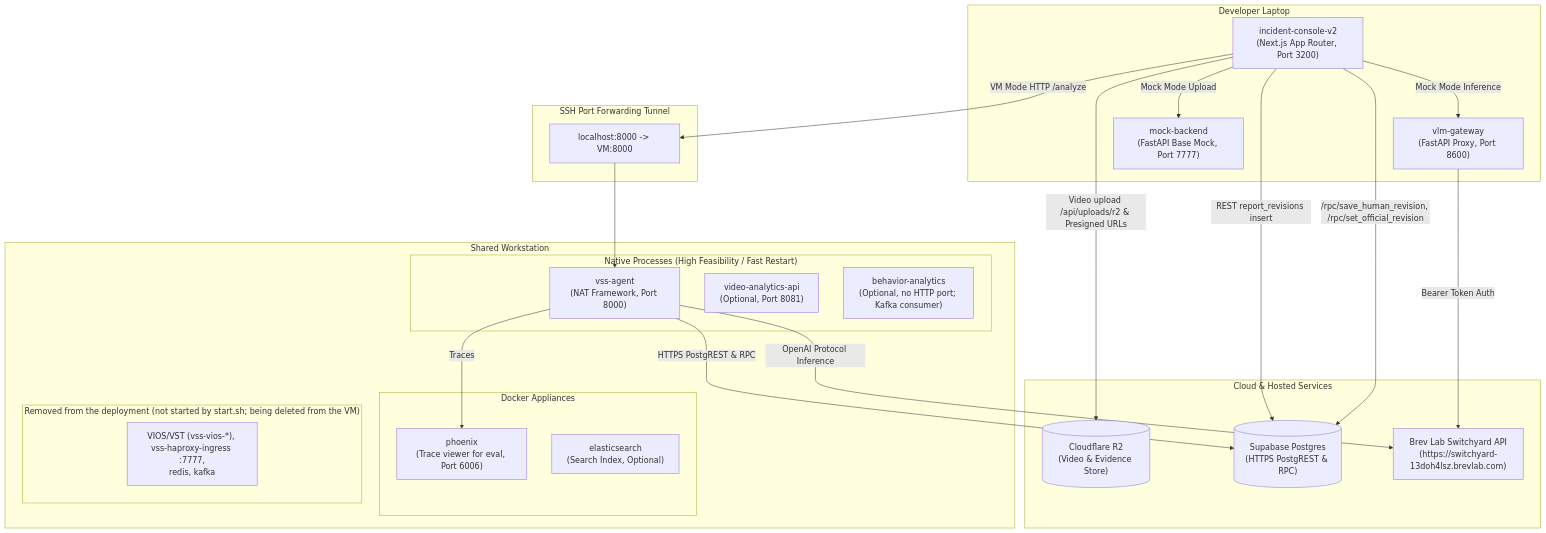
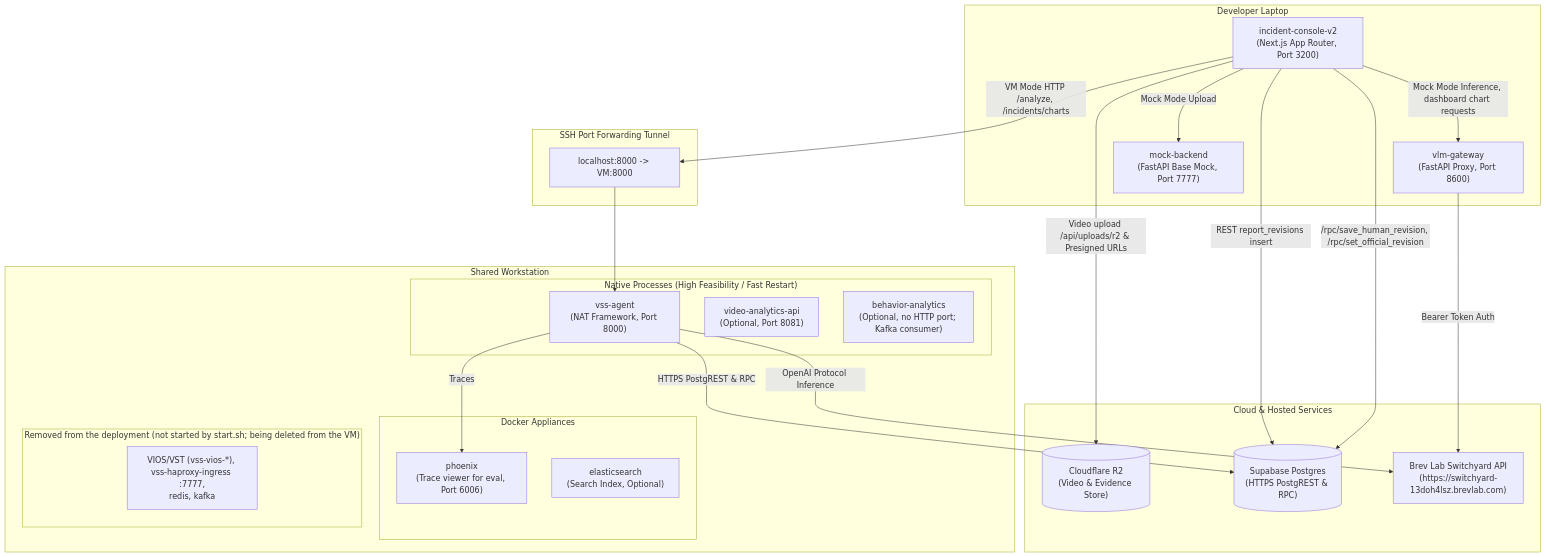
The first of 5 diagrams in deploy/docker/developer-profiles/dev-profile-incident/.docs/architecture.md (Danwidj/video-search-and-summarization), drawn with Mermaid before and after one commit. The commit also changed other lines of this file and 29 other files, not shown here.

First line of the commit message:
feat(console): generate dashboard charts from natural-language requests via VSS chart_generator (#391)

````diff
--- a/deploy/docker/developer-profiles/dev-profile-incident/.docs/architecture.md
+++ b/deploy/docker/developer-profiles/dev-profile-incident/.docs/architecture.md
@@ -21,54 +21,54 @@
 ```mermaid
 flowchart TB
     subgraph Laptop["Developer Laptop"]
         UI["incident-console-v2<br/>(Next.js App Router, Port 3200)"]
         Gateway["vlm-gateway<br/>(FastAPI Proxy, Port 8600)"]
         Mock["mock-backend<br/>(FastAPI Base Mock, Port 7777)"]
     end
 
     subgraph Tunnel["SSH Port Forwarding Tunnel"]
         FwdAgent["localhost:8000 -> VM:8000"]
     end
 
     subgraph VM["<vm-host> Shared Workstation"]
         subgraph VMNative["Native Processes (High Feasibility / Fast Restart)"]
             Agent["vss-agent<br/>(NAT Framework, Port 8000)"]
             VideoAnalytics["video-analytics-api<br/>(Optional, Port 8081)"]
             BehaviorAnalytics["behavior-analytics<br/>(Optional, no HTTP port; Kafka consumer)"]
         end
 
         subgraph VMDocker["Docker Appliances"]
             Phoenix["phoenix<br/>(Trace viewer for eval, Port 6006)"]
             Elasticsearch["elasticsearch<br/>(Search Index, Optional)"]
         end
 
         subgraph VMRemoved["Removed from the deployment (not started by start.sh; being deleted from the VM)"]
             Removed["VIOS/VST (vss-vios-*), vss-haproxy-ingress :7777,<br/>redis, kafka"]
         end
     end
 
     subgraph External["Cloud & Hosted Services"]
         R2[("Cloudflare R2<br/>(Video & Evidence Store)")]
         Supabase[("Supabase Postgres<br/>(HTTPS PostgREST & RPC)")]
         Brev["Brev Lab Switchyard API<br/>(https://switchyard-13doh4lsz.brevlab.com)"]
     end
 
     %% Laptop connections
-    UI -->|Mock Mode Inference| Gateway
+    UI -->|Mock Mode Inference, dashboard chart requests| Gateway
     UI -->|Mock Mode Upload| Mock
-    UI -->|VM Mode HTTP /analyze| FwdAgent
+    UI -->|VM Mode HTTP /analyze, /incidents/charts| FwdAgent
     UI -->|Video upload /api/uploads/r2 & Presigned URLs| R2
     UI -->|REST report_revisions insert| Supabase
     UI -->|/rpc/save_human_revision, /rpc/set_official_revision| Supabase
 
     %% Gateway Upstream
     Gateway -->|Bearer Token Auth| Brev
 
     %% Tunnel Connections
     FwdAgent --> Agent
 
     %% VM Internal Routing
     Agent -->|Traces| Phoenix
     Agent -->|OpenAI Protocol Inference| Brev
     Agent -->|HTTPS PostgREST & RPC| Supabase
 ```
````
